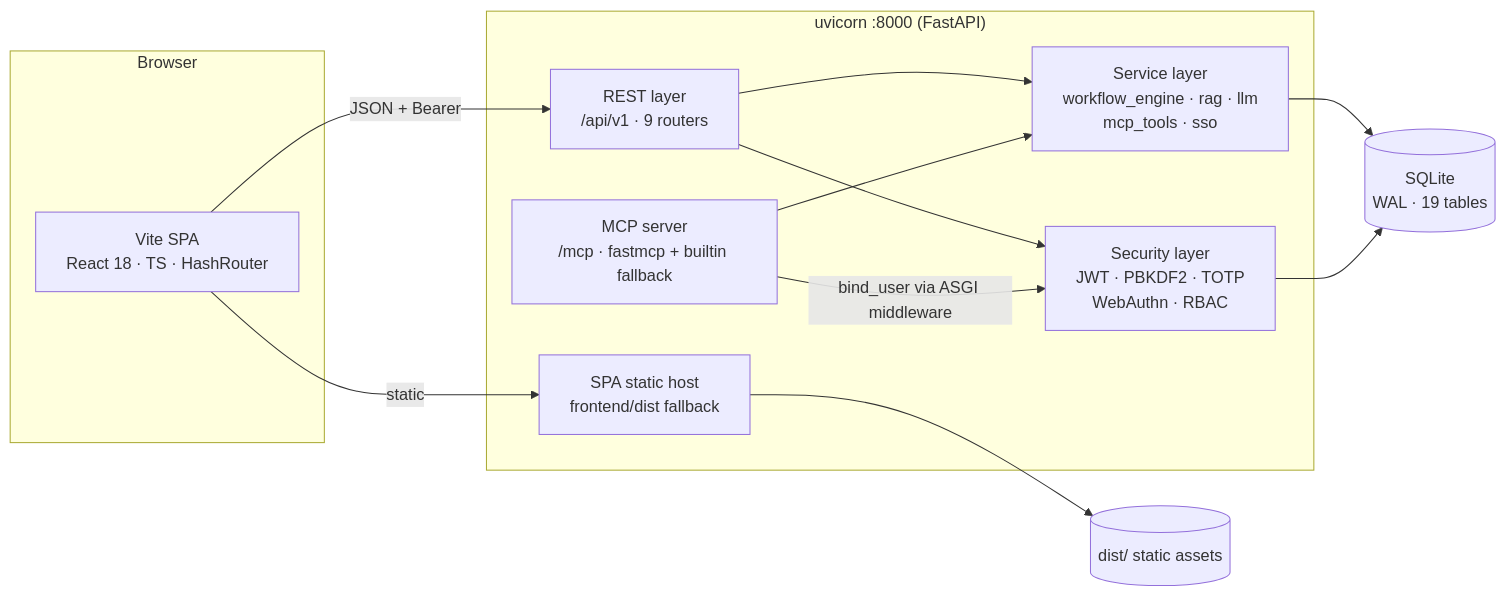
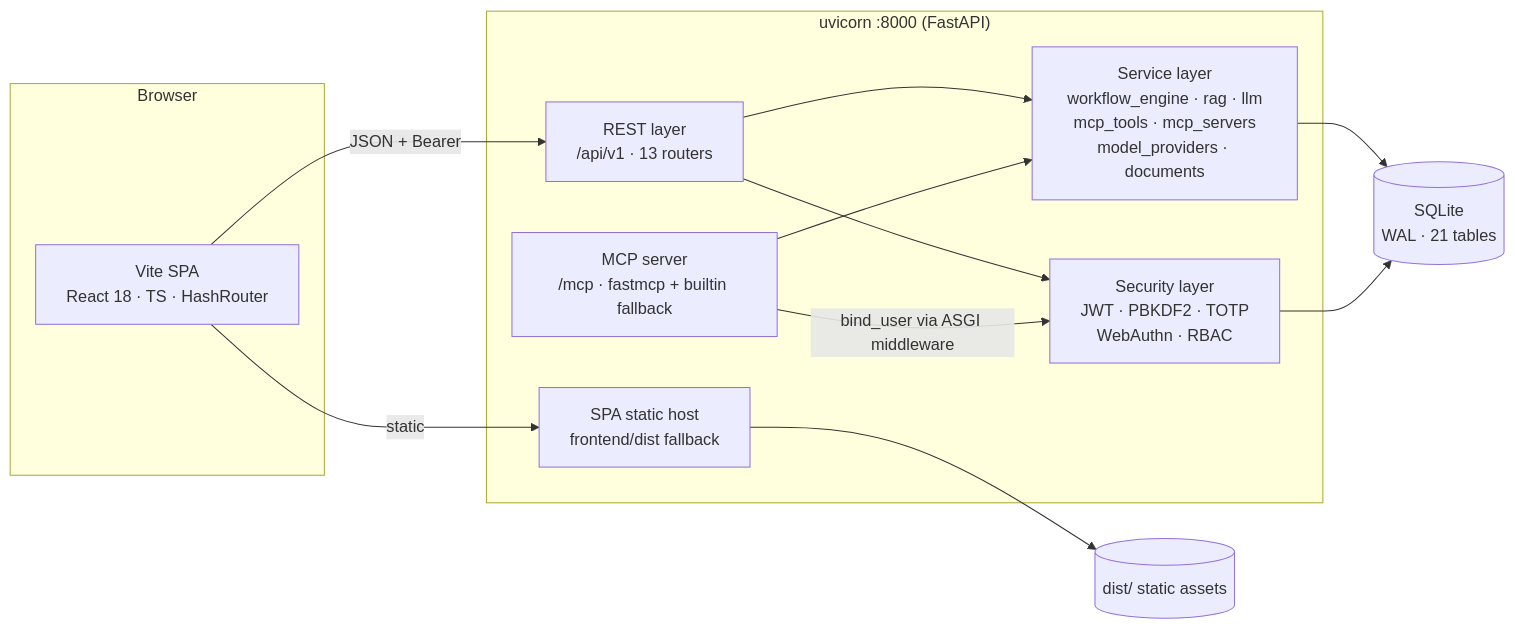
One commit to liudonghua123/ai-lowcode-platform changed the second of 4 diagrams in docs/architecture.md. Above: the diagram before and after it, drawn with Mermaid. The commit also changed other lines of this file and 61 other files, not shown here.

Commit message:
feat(platform): split MCP servers and Skills, add AI model providers, knowledge upload and agent bindings

````diff
--- a/docs/architecture.md
+++ b/docs/architecture.md
@@ -60,25 +60,25 @@
 ```mermaid
 flowchart LR
     subgraph Browser
         SPA[Vite SPA<br/>React 18 · TS · HashRouter]
     end
     subgraph Process["uvicorn :8000 (FastAPI)"]
-        API["REST layer<br/>/api/v1 · 9 routers"]
+        API["REST layer<br/>/api/v1 · 13 routers"]
         MCPS["MCP server<br/>/mcp · fastmcp + builtin fallback"]
-        SVC["Service layer<br/>workflow_engine · rag · llm<br/>mcp_tools · sso"]
+        SVC["Service layer<br/>workflow_engine · rag · llm<br/>mcp_tools · mcp_servers<br/>model_providers · documents"]
         SEC["Security layer<br/>JWT · PBKDF2 · TOTP<br/>WebAuthn · RBAC"]
         HOST["SPA static host<br/>frontend/dist fallback"]
     end
-    DB[(SQLite<br/>WAL · 19 tables)]
+    DB[(SQLite<br/>WAL · 21 tables)]
     FS[("dist/ static assets")]
 
     SPA -->|JSON + Bearer| API
     SPA -->|static| HOST
     API --> SEC
     API --> SVC
     MCPS -->|bind_user via ASGI middleware| SEC
     MCPS --> SVC
     SVC --> DB
     SEC --> DB
     HOST --> FS
 ```
````
